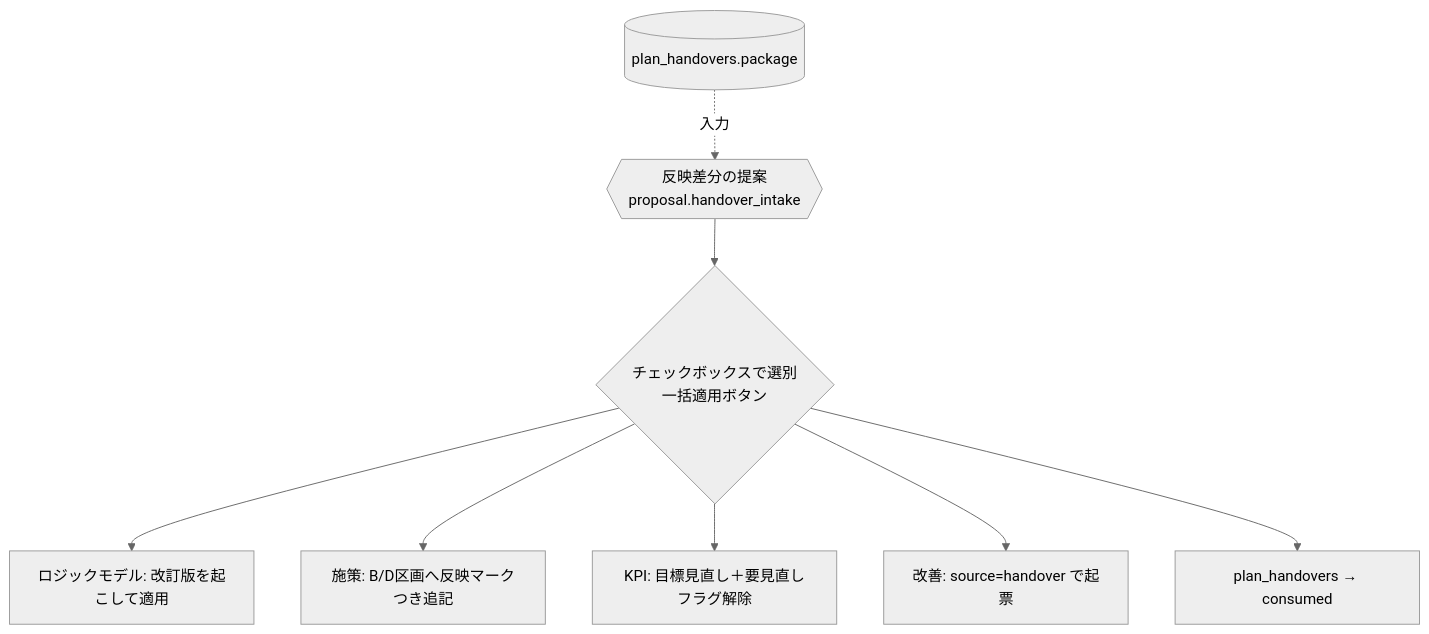
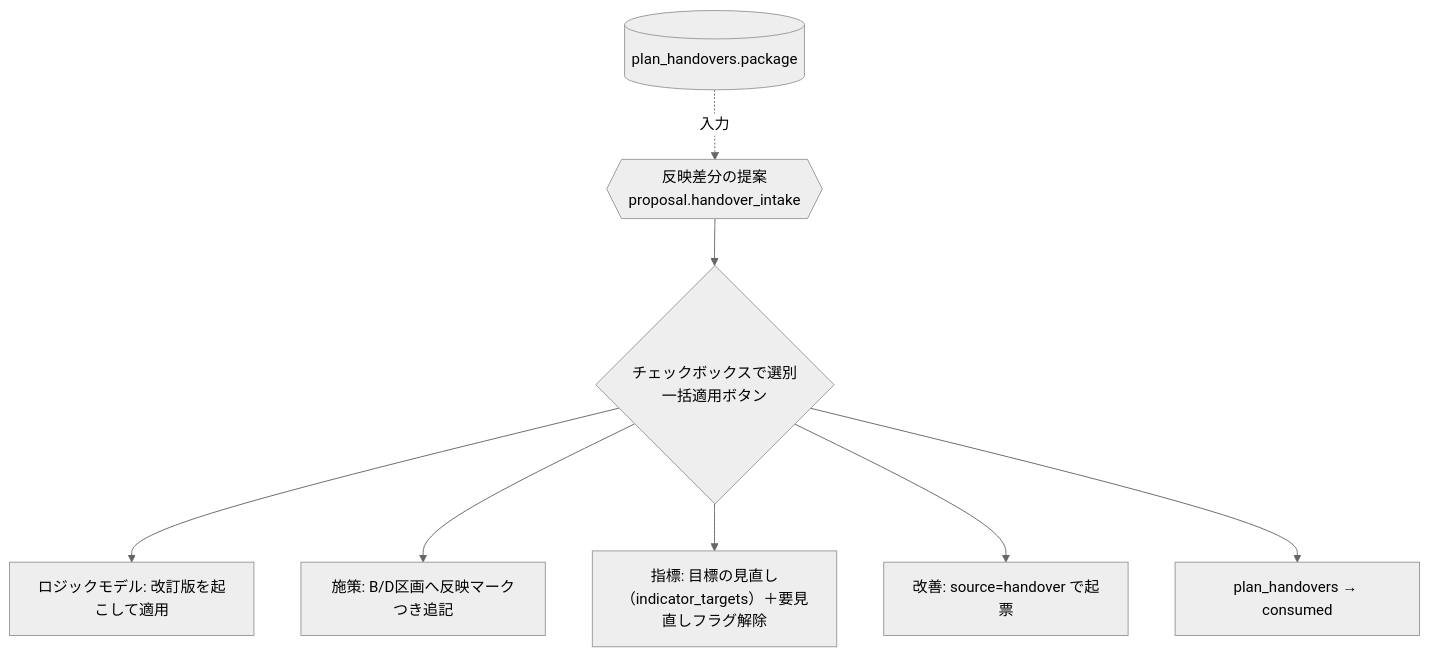
Before and after one commit to halcyon19451225/govlink-ai: the second of 2 diagrams in app/src/content/manual/handover-intake.md, drawn with Mermaid (neutral theme). The commit also changed other lines of this file and 28 other files, not shown here.

````diff
--- a/app/src/content/manual/handover-intake.md
+++ b/app/src/content/manual/handover-intake.md
@@ -33,10 +33,10 @@
 ```mermaid
 flowchart TD
   PH[(plan_handovers.package)] -.入力.-> AI{{反映差分の提案<br/>proposal.handover_intake}}
   AI --> H{チェックボックスで選別<br/>一括適用ボタン}
   H --> LM[ロジックモデル: 改訂版を起こして適用]
   H --> MD[施策: B/D区画へ反映マークつき追記]
-  H --> K[KPI: 目標見直し＋要見直しフラグ解除]
+  H --> K[指標: 目標の見直し（indicator_targets）＋要見直しフラグ解除]
   H --> IA[改善: source=handover で起票]
   H --> DONE[plan_handovers → consumed]
 ```
````
